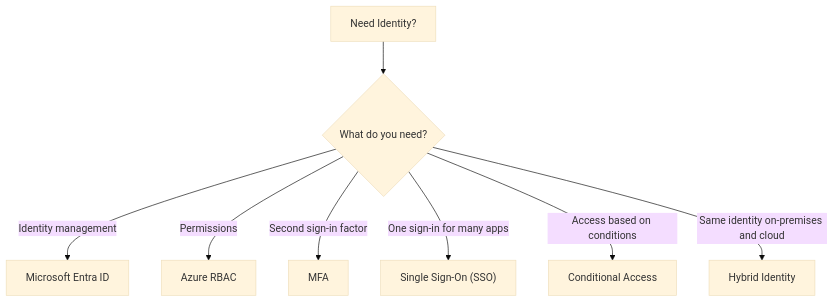
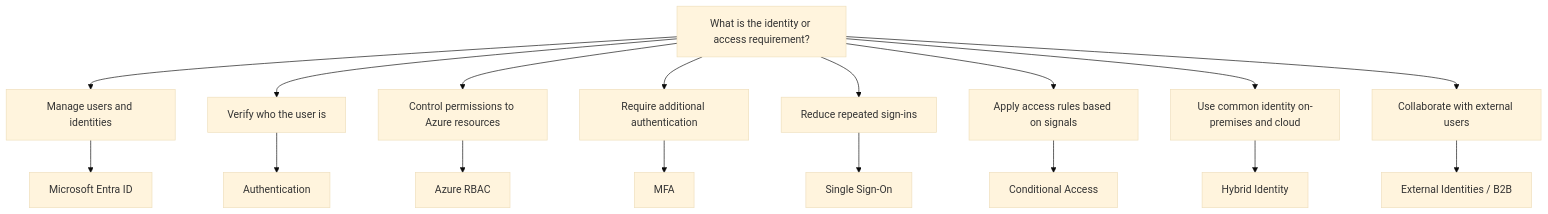
The diagram in exam/decision-trees/identity-decision-tree.md (zhyordanova/azure-fundamentals-handbook), drawn with Mermaid (base theme) before and after one commit. The commit also changed other lines of this file and 8 other files, not shown here.

Commit message:
feat: upgrade identity chapter with decision-based exam reasoning

````diff
--- a/exam/decision-trees/identity-decision-tree.md
+++ b/exam/decision-trees/identity-decision-tree.md
@@ -3,17 +3,22 @@
 ```mermaid
 flowchart TD
+    A["What is the identity or access requirement?"]
 
-    A["Need Identity?"] --> B{"What do you need?"}
+    A --> B["Manage users and identities"]
+    A --> C["Verify who the user is"]
+    A --> D["Control permissions to Azure resources"]
+    A --> E["Require additional authentication"]
+    A --> F["Reduce repeated sign-ins"]
+    A --> G["Apply access rules based on signals"]
+    A --> H["Use common identity on-premises and cloud"]
+    A --> I["Collaborate with external users"]
 
-    B -->|Identity management| C["Microsoft Entra ID"]
-
-    B -->|Permissions| D["Azure RBAC"]
-
-    B -->|Second sign-in factor| E["MFA"]
-
-    B -->|One sign-in for many apps| F["Single Sign-On (SSO)"]
-
-    B -->|Access based on conditions| G["Conditional Access"]
-
-    B -->|Same identity on-premises and cloud| H["Hybrid Identity"]
+    B --> ENTRA["Microsoft Entra ID"]
+    C --> AUTH["Authentication"]
+    D --> RBAC["Azure RBAC"]
+    E --> MFA["MFA"]
+    F --> SSO["Single Sign-On"]
+    G --> CA["Conditional Access"]
+    H --> HYBRID["Hybrid Identity"]
+    I --> EXT["External Identities / B2B"]
 ```
````
